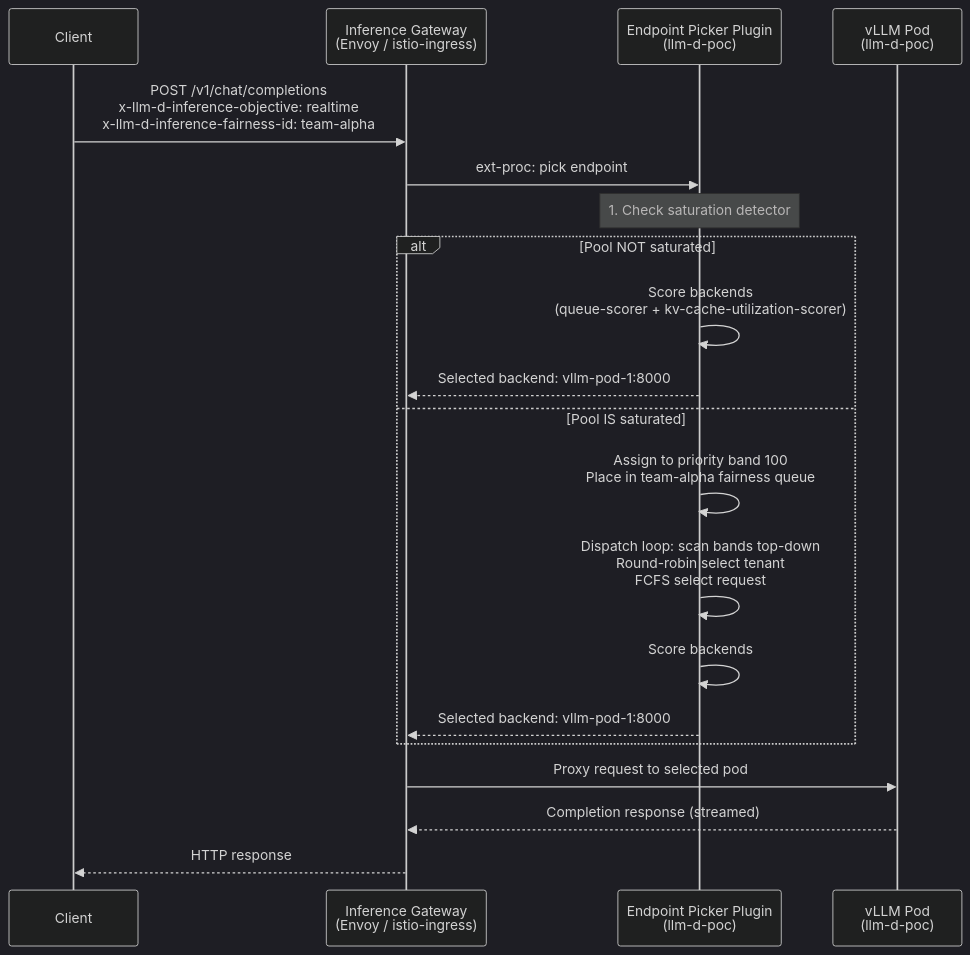
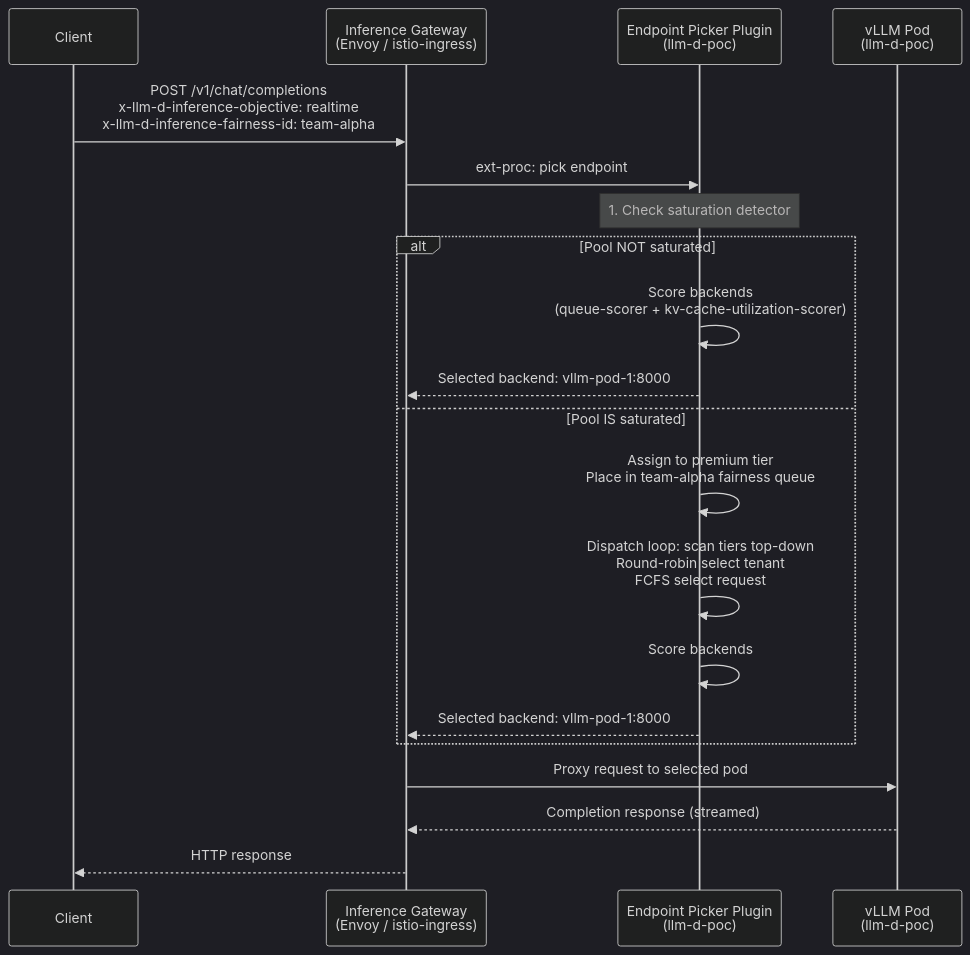
Before and after one commit to dandawg/llm-d-flow-control-demo: the first of 4 diagrams in docs/architecture.md, drawn with Mermaid (dark theme). The commit also changed other lines of this file and 33 other files, not shown here.

````diff
--- a/docs/architecture.md
+++ b/docs/architecture.md
@@ -26,23 +26,23 @@
 ```mermaid
 sequenceDiagram
     participant Client
     participant Gateway as Inference Gateway<br/>(Envoy / istio-ingress)
     participant EPP as Endpoint Picker Plugin<br/>(llm-d-poc)
     participant VLLM as vLLM Pod<br/>(llm-d-poc)
 
     Client->>Gateway: POST /v1/chat/completions<br/>x-llm-d-inference-objective: realtime<br/>x-llm-d-inference-fairness-id: team-alpha
     Gateway->>EPP: ext-proc: pick endpoint
     Note over EPP: 1. Check saturation detector
     alt Pool NOT saturated
         EPP->>EPP: Score backends<br/>(queue-scorer + kv-cache-utilization-scorer)
         EPP-->>Gateway: Selected backend: vllm-pod-1:8000
     else Pool IS saturated
-        EPP->>EPP: Assign to priority band 100<br/>Place in team-alpha fairness queue
-        EPP->>EPP: Dispatch loop: scan bands top-down<br/>Round-robin select tenant<br/>FCFS select request
+        EPP->>EPP: Assign to premium tier<br/>Place in team-alpha fairness queue
+        EPP->>EPP: Dispatch loop: scan tiers top-down<br/>Round-robin select tenant<br/>FCFS select request
         EPP->>EPP: Score backends
         EPP-->>Gateway: Selected backend: vllm-pod-1:8000
     end
     Gateway->>VLLM: Proxy request to selected pod
     VLLM-->>Gateway: Completion response (streamed)
     Gateway-->>Client: HTTP response
 ```
````
